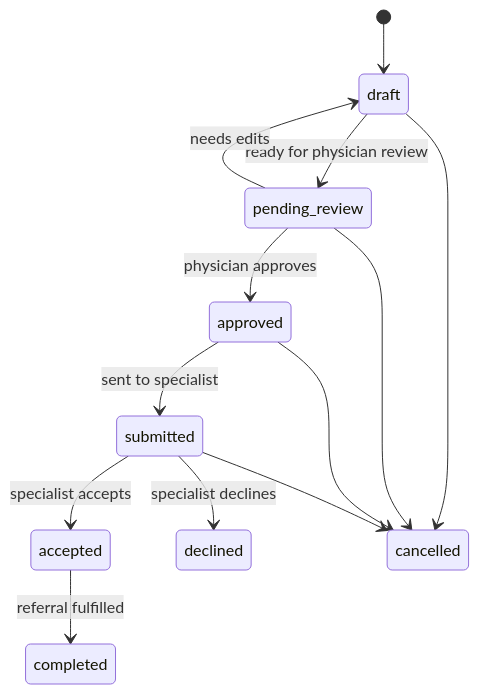
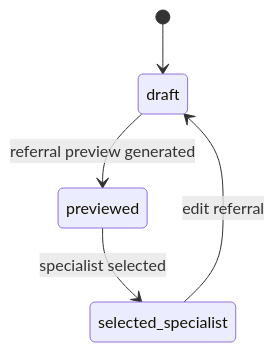
The second of 3 diagrams in docs/master-document.md (sightsontheheights/ReferOn), drawn with Mermaid before and after one commit. The commit also changed other lines of this file, not shown here.

````diff
--- a/docs/master-document.md
+++ b/docs/master-document.md
@@ -233,15 +249,7 @@
 ```mermaid
 stateDiagram-v2
   [*] --> draft
-  draft --> pending_review: ready for physician review
-  pending_review --> draft: needs edits
-  pending_review --> approved: physician approves
-  approved --> submitted: sent to specialist
-  submitted --> accepted: specialist accepts
-  submitted --> declined: specialist declines
-  accepted --> completed: referral fulfilled
-  draft --> cancelled
-  pending_review --> cancelled
-  approved --> cancelled
-  submitted --> cancelled
+  draft --> previewed: referral preview generated
+  previewed --> selected_specialist: specialist selected
+  selected_specialist --> draft: edit referral
 ```
````
